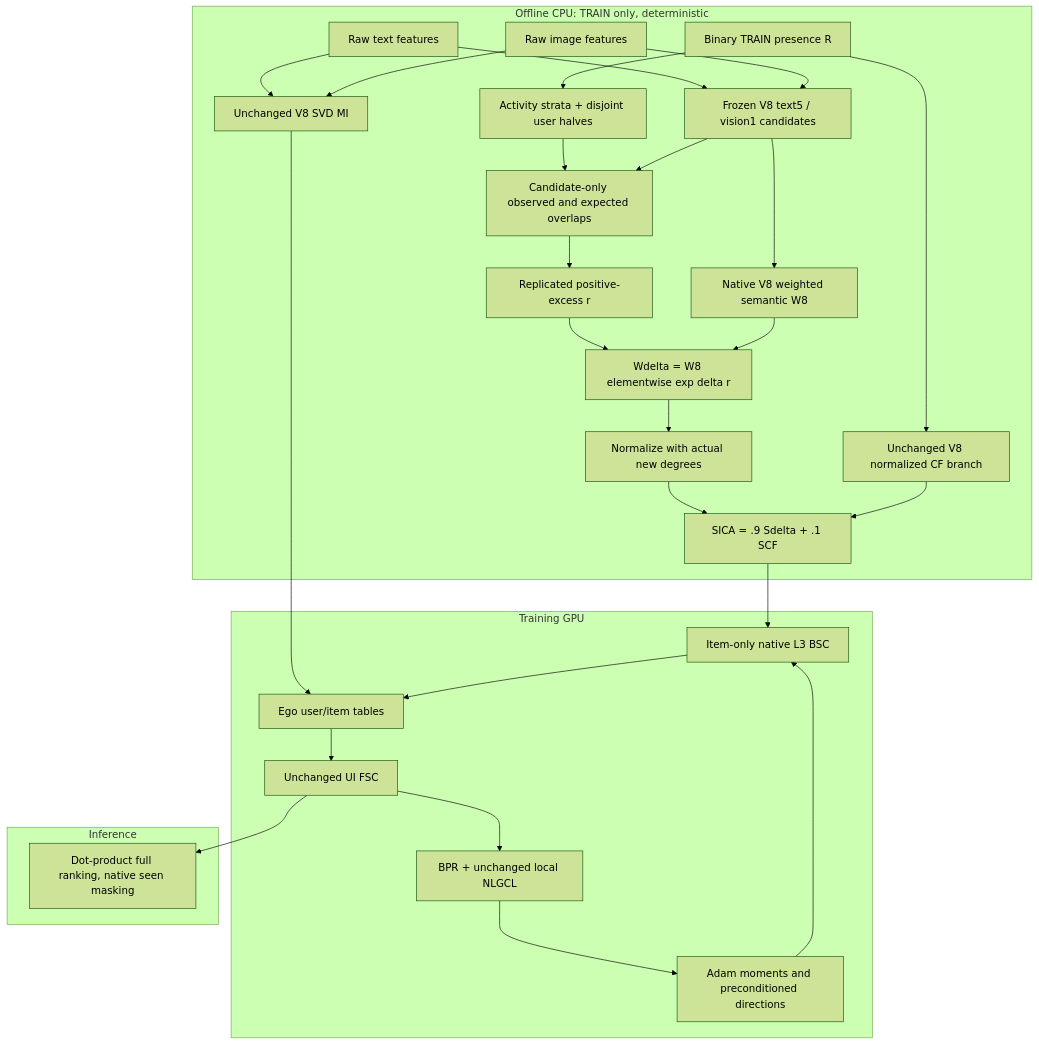
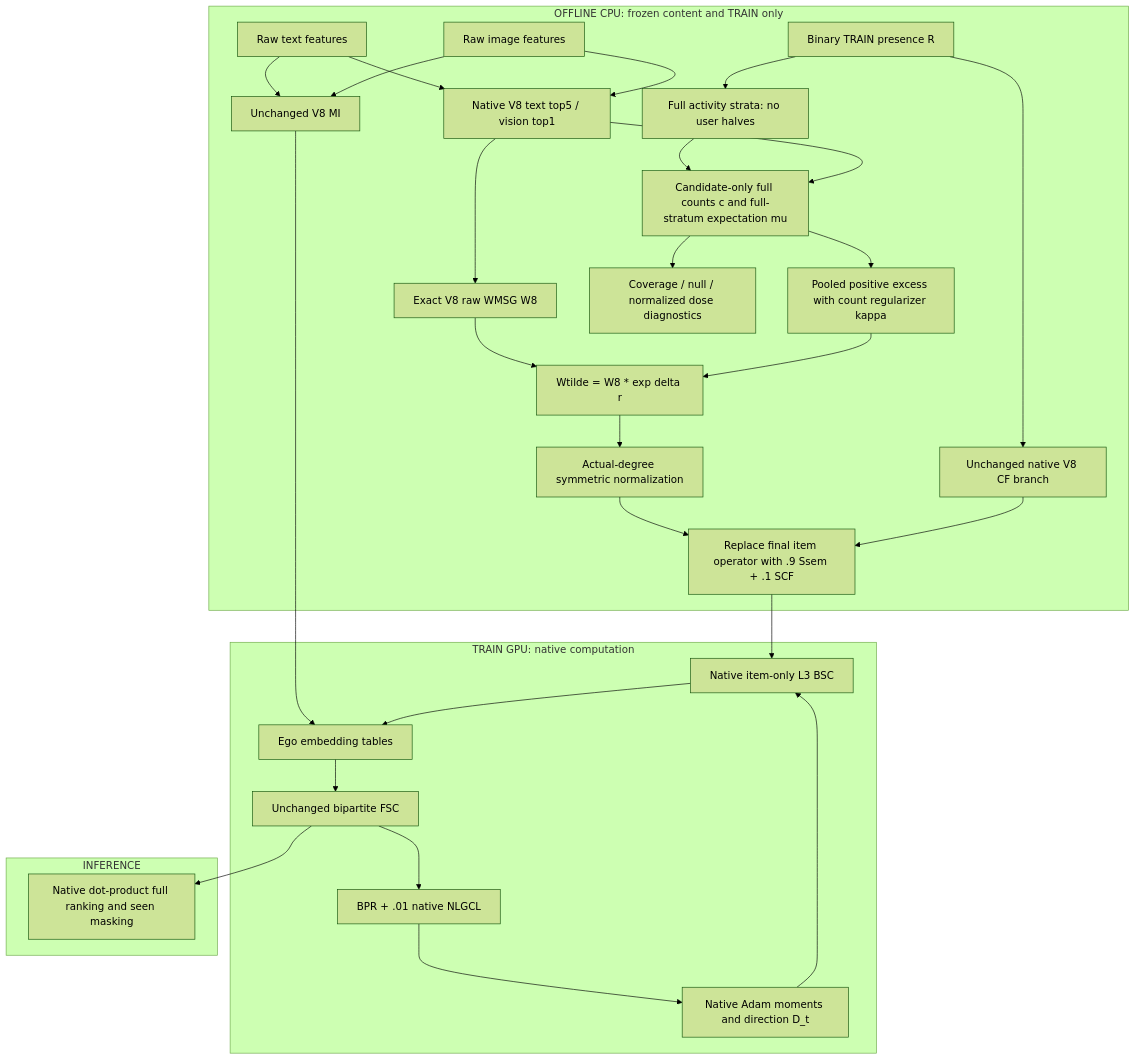
Before and after one commit to ThanhChuong12/STAIR-Enhanced: the diagram in docs/giai_doan_6/STAIR_versionICAART_Report.md, drawn with Mermaid (forest theme). The commit also changed other lines of this file and 17 other files, not shown here.

````diff
--- a/docs/giai_doan_6/STAIR_versionICAART_Report.md
+++ b/docs/giai_doan_6/STAIR_versionICAART_Report.md
@@ -193,32 +244,33 @@
 ```mermaid
 flowchart TD
-  subgraph OFFLINE[Offline CPU: TRAIN only, deterministic]
-    R[Binary TRAIN presence R] --> F[Activity strata + disjoint user halves]
-    T[Raw text features] --> K[Frozen V8 text5 / vision1 candidates]
-    V[Raw image features] --> K
-    K --> W[Native V8 weighted semantic W8]
-    F --> E[Candidate-only observed and expected overlaps]
-    K --> E
-    E --> Q[Replicated positive-excess r]
-    Q --> CAL[Wdelta = W8 elementwise exp delta r]
-    W --> CAL
-    CAL --> N[Normalize with actual new degrees]
-    R --> CF[Unchanged V8 normalized CF branch]
-    N --> S[SICA = .9 Sdelta + .1 SCF]
+  subgraph OFFLINE[OFFLINE CPU: frozen content and TRAIN only]
+    TXT[Raw text features] --> K[Native V8 text top5 / vision top1]
+    IMG[Raw image features] --> K
+    K --> W[Exact V8 raw WMSG W8]
+    R[Binary TRAIN presence R] --> B[Full activity strata: no user halves]
+    B --> C[Candidate-only full counts c and full-stratum expectation mu]
+    K --> C
+    C --> E[Pooled positive excess with count regularizer kappa]
+    W --> EXP[Wtilde = W8 * exp delta r]
+    E --> EXP
+    EXP --> N[Actual-degree symmetric normalization]
+    R --> CF[Unchanged native V8 CF branch]
+    N --> S[Replace final item operator with .9 Ssem + .1 SCF]
     CF --> S
-    T --> MI[Unchanged V8 SVD MI]
-    V --> MI
+    TXT --> MI[Unchanged V8 MI]
+    IMG --> MI
+    C --> AUDIT[Coverage / null / normalized dose diagnostics]
   end
-  subgraph TRAIN[Training GPU]
-    MI --> UV[Ego user/item tables]
-    UV --> FSC[Unchanged UI FSC]
-    FSC --> LOSS[BPR + unchanged local NLGCL]
-    LOSS --> ADAM[Adam moments and preconditioned directions]
-    ADAM --> BSC[Item-only native L3 BSC]
+  subgraph TRAIN[TRAIN GPU: native computation]
+    MI --> UV[Ego embedding tables]
+    UV --> FSC[Unchanged bipartite FSC]
+    FSC --> LOSS[BPR + .01 native NLGCL]
+    LOSS --> ADAM[Native Adam moments and direction D_t]
+    ADAM --> BSC[Native item-only L3 BSC]
     S --> BSC
     BSC --> UV
   end
-  subgraph INFERENCE[Inference]
-    FSC --> SCORE[Dot-product full ranking, native seen masking]
+  subgraph EVAL[INFERENCE]
+    FSC --> SCORE[Native dot-product full ranking and seen masking]
   end
 ```
````
